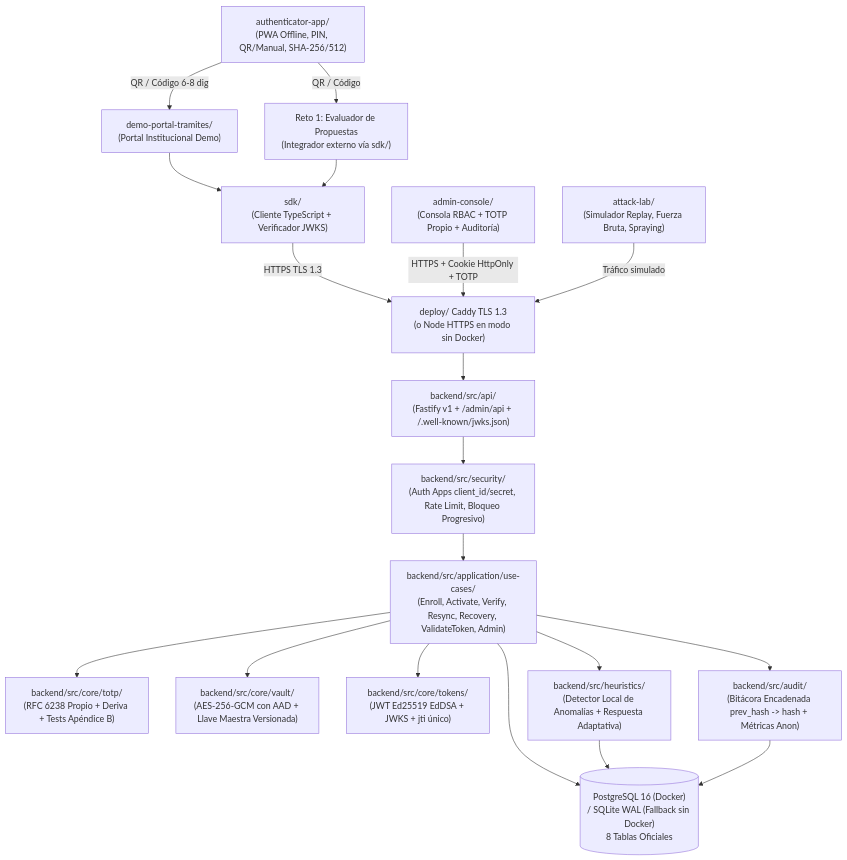
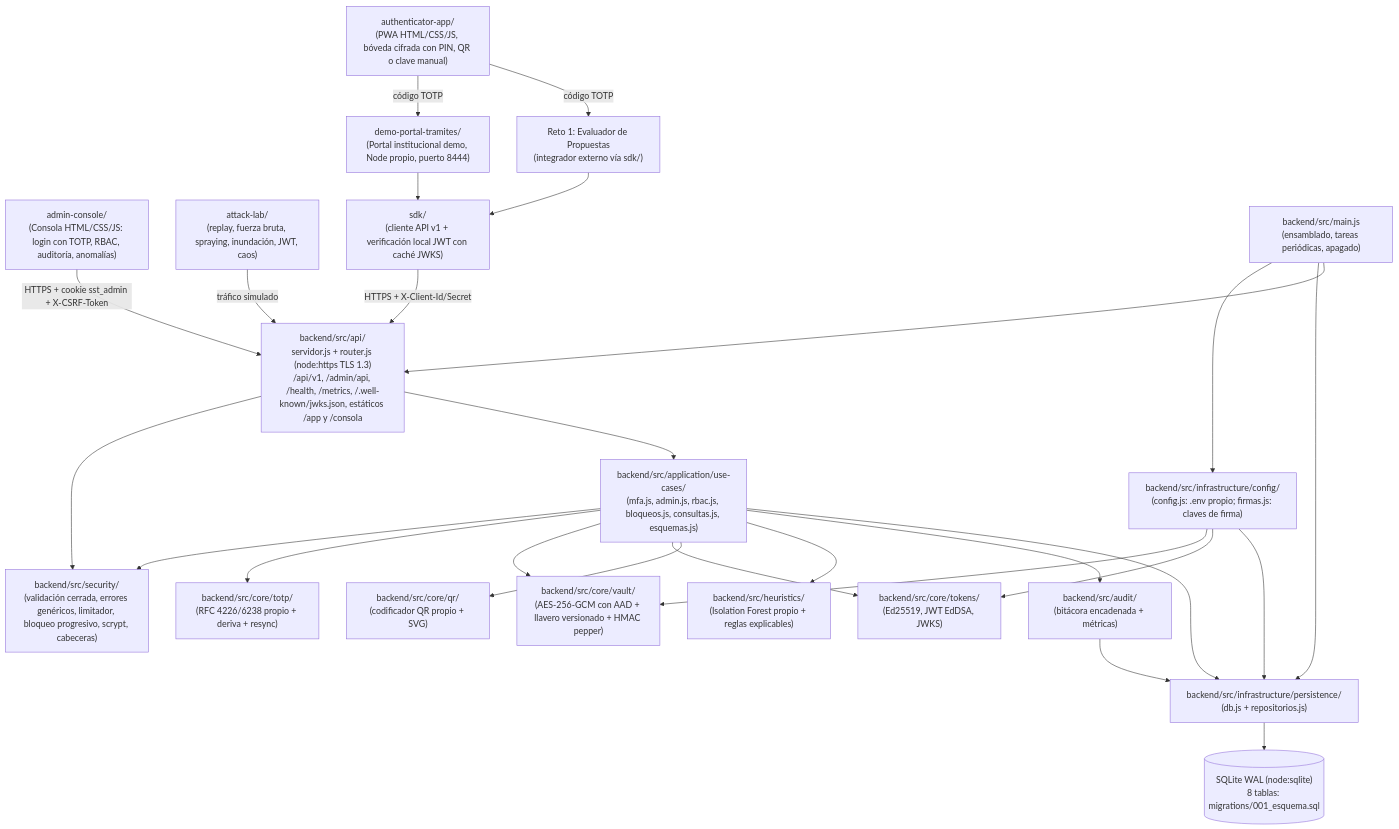
One commit to PSM-Hackaton/servicio-soberano-autenticacion-totp changed the diagram in SYSTEM_GRAPH.md. Above: the diagram before and after it, drawn with Mermaid. The commit also changed other lines of this file and 41 other files, not shown here.

Commit message:
Contratos y documentación alineados con el código real; despliegue con systemd (B1, #10)

````diff
--- a/SYSTEM_GRAPH.md
+++ b/SYSTEM_GRAPH.md
@@ -8,54 +8,60 @@
 ```mermaid
 flowchart TD
-    %% Clientes / Frontends
-    PWA["authenticator-app/\n(PWA Offline, PIN, QR/Manual, SHA-256/512)"]
-    ADMIN["admin-console/\n(Consola RBAC + TOTP Propio + Auditoría)"]
-    DEMO["demo-portal-tramites/\n(Portal Institucional Demo)"]
-    RETO1["Reto 1: Evaluador de Propuestas\n(Integrador externo vía sdk/)"]
-    ATK["attack-lab/\n(Simulador Replay, Fuerza Bruta, Spraying)"]
+    %% Clientes
+    PWA["authenticator-app/\n(PWA HTML/CSS/JS, bóveda cifrada con PIN, QR o clave manual)"]
+    ADMIN["admin-console/\n(Consola HTML/CSS/JS: login con TOTP, RBAC, auditoría, anomalías)"]
+    DEMO["demo-portal-tramites/\n(Portal institucional demo, Node propio, puerto 8444)"]
+    RETO1["Reto 1: Evaluador de Propuestas\n(integrador externo vía sdk/)"]
+    ATK["attack-lab/\n(replay, fuerza bruta, spraying, inundación, JWT, caos)"]
+    SDK["sdk/\n(cliente API v1 + verificación local JWT con caché JWKS)"]
 
-    %% SDK y Borde TLS
-    SDK["sdk/\n(Cliente TypeScript + Verificador JWKS)"]
-    EDGE["deploy/ Caddy TLS 1.3\n(o Node HTTPS en modo sin Docker)"]
+    %% Borde
+    API["backend/src/api/\nservidor.js + router.js (node:https TLS 1.3)\n/api/v1, /admin/api, /health, /metrics, /.well-known/jwks.json, estáticos /app y /consola"]
+    SEC["backend/src/security/\n(validación cerrada, errores genéricos, limitador, bloqueo progresivo, scrypt, cabeceras)"]
 
-    %% API & Seguridad Perimetral
-    API["backend/src/api/\n(Fastify v1 + /admin/api + /.well-known/jwks.json)"]
-    SEC["backend/src/security/\n(Auth Apps client_id/secret, Rate Limit, Bloqueo Progresivo)"]
+    %% Aplicación
+    UC["backend/src/application/use-cases/\n(mfa.js, admin.js, rbac.js, bloqueos.js, consultas.js, esquemas.js)"]
 
-    %% Capa de Aplicación (Casos de Uso + Puertos Hexagonales)
-    UC["backend/src/application/use-cases/\n(Enroll, Activate, Verify, Resync, Recovery, ValidateToken, Admin)"]
+    %% Núcleo
+    TOTP["backend/src/core/totp/\n(RFC 4226/6238 propio + deriva + resync)"]
+    VAULT["backend/src/core/vault/\n(AES-256-GCM con AAD + llavero versionado + HMAC pepper)"]
+    TOKENS["backend/src/core/tokens/\n(Ed25519, JWT EdDSA, JWKS)"]
+    QR["backend/src/core/qr/\n(codificador QR propio + SVG)"]
 
-    %% Núcleo Criptográfico Puro (0 dependencias OTP externas)
-    TOTP["backend/src/core/totp/\n(RFC 6238 Propio + Deriva + Tests Apéndice B)"]
-    VAULT["backend/src/core/vault/\n(AES-256-GCM con AAD + Llave Maestra Versionada)"]
-    TOKENS["backend/src/core/tokens/\n(JWT Ed25519 EdDSA + JWKS + jti único)"]
+    %% Detector y auditoría
+    HEUR["backend/src/heuristics/\n(Isolation Forest propio + reglas explicables)"]
+    AUDIT["backend/src/audit/\n(bitácora encadenada + métricas)"]
 
-    %% IA Local y Auditoría Encadenada
-    HEUR["backend/src/heuristics/\n(Detector Local de Anomalías + Respuesta Adaptativa)"]
-    AUDIT["backend/src/audit/\n(Bitácora Encadenada prev_hash -> hash + Métricas Anon)"]
+    %% Infraestructura
+    CONF["backend/src/infrastructure/config/\n(config.js: .env propio; firmas.js: claves de firma)"]
+    PERS["backend/src/infrastructure/persistence/\n(db.js + repositorios.js)"]
+    DB[("SQLite WAL (node:sqlite)\n8 tablas: migrations/001_esquema.sql")]
+    MAIN["backend/src/main.js\n(ensamblado, tareas periódicas, apagado)"]
 
-    %% Persistencia Dual (Puerto Hexagonal)
-    DB[("PostgreSQL 16 (Docker)\n/ SQLite WAL (Fallback sin Docker)\n8 Tablas Oficiales")]
-
-    %% Flujos
-    PWA -->|"QR / Código 6-8 dig"| DEMO
-    PWA -->|"QR / Código"| RETO1
+    PWA -->|"código TOTP"| DEMO
+    PWA -->|"código TOTP"| RETO1
     DEMO --> SDK
     RETO1 --> SDK
-    SDK -->|"HTTPS TLS 1.3"| EDGE
-    ADMIN -->|"HTTPS + Cookie HttpOnly + TOTP"| EDGE
-    ATK -->|"Tráfico simulado"| EDGE
+    SDK -->|"HTTPS + X-Client-Id/Secret"| API
+    ADMIN -->|"HTTPS + cookie sst_admin + X-CSRF-Token"| API
+    ATK -->|"tráfico simulado"| API
 
-    EDGE --> API
+    MAIN --> CONF
+    MAIN --> PERS
+    MAIN --> API
     API --> SEC
-    SEC --> UC
-
+    API --> UC
+    UC --> SEC
     UC --> TOTP
     UC --> VAULT
     UC --> TOKENS
+    UC --> QR
     UC --> HEUR
     UC --> AUDIT
-    UC --> DB
-    HEUR --> DB
-    AUDIT --> DB
+    UC --> PERS
+    CONF --> VAULT
+    CONF --> TOKENS
+    CONF --> PERS
+    AUDIT --> PERS
+    PERS --> DB
 ```
````
